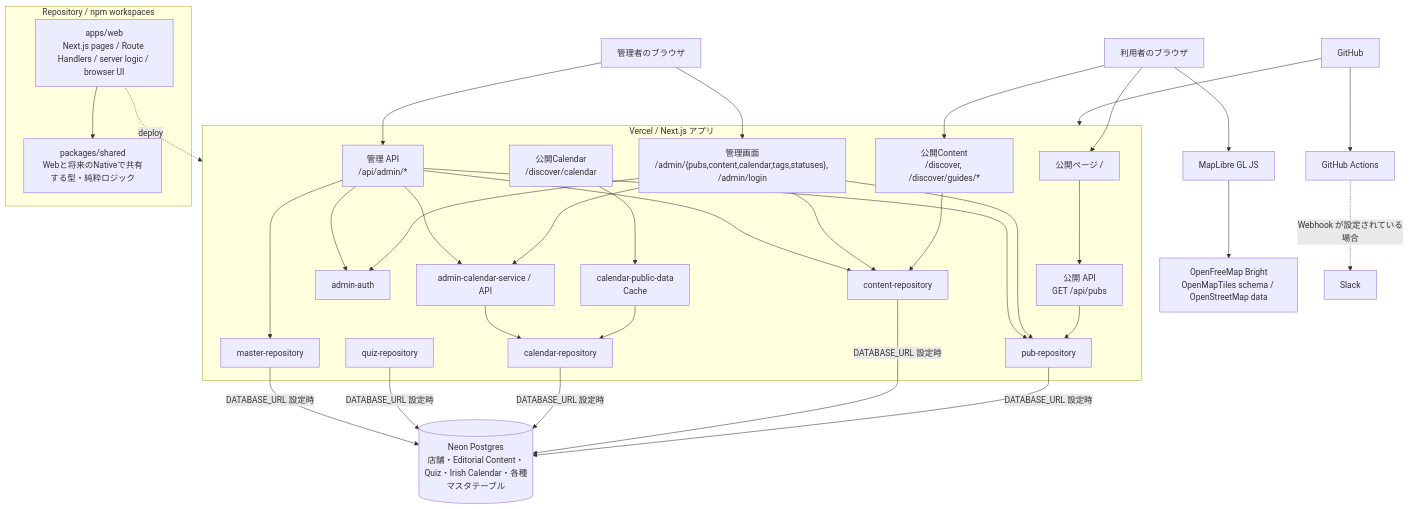
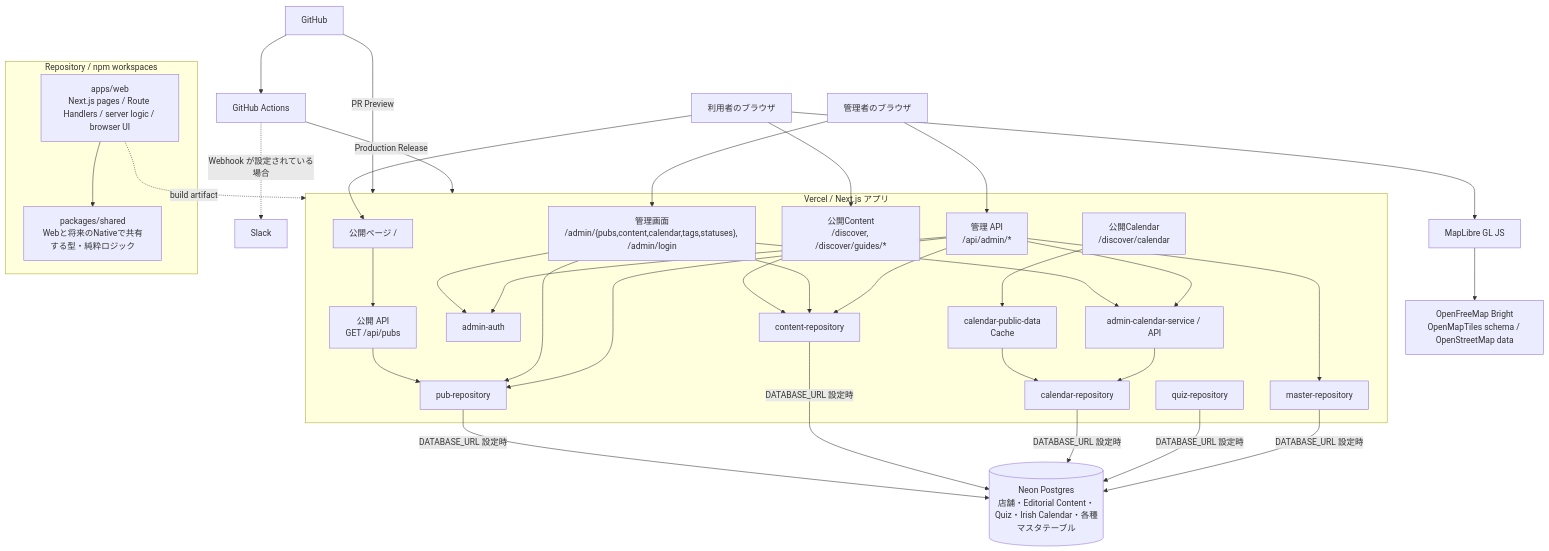
One commit to yusukefr/irishpub-map changed the diagram in docs/architecture/system-overview.md. Above: the diagram before and after it, drawn with Mermaid. The commit also changed other lines of this file and 1 other file, not shown here.

Commit message:
docs: address mobile architecture review feedback

````diff
--- a/docs/architecture/system-overview.md
+++ b/docs/architecture/system-overview.md
@@ -7,70 +7,71 @@
 ```mermaid
 flowchart TB
   visitor[利用者のブラウザ]
   administrator[管理者のブラウザ]
   maplibre[MapLibre GL JS]
   mapProvider[OpenFreeMap Bright<br/>OpenMapTiles schema / OpenStreetMap data]
   github[GitHub]
   actions[GitHub Actions]
   slack[Slack]
 
   subgraph vercel[Vercel / Next.js アプリ]
     publicPage["公開ページ /"]
     contentPage["公開Content<br/>/discover, /discover/guides/*"]
     calendarPage["公開Calendar<br/>/discover/calendar"]
     publicApi["公開 API<br/>GET /api/pubs"]
     adminPage["管理画面<br/>/admin/{pubs,content,calendar,tags,statuses}, /admin/login"]
     adminApi["管理 API<br/>/api/admin/*"]
     auth[admin-auth]
     repository[pub-repository]
     contentRepository[content-repository]
     calendarDataLoader[calendar-public-data<br/>Cache]
     calendarRepository[calendar-repository]
     adminCalendarService[admin-calendar-service / API]
     quizRepository[quiz-repository]
     masterRepository[master-repository]
   end
 
   subgraph workspace[Repository / npm workspaces]
     webApp[apps/web<br/>Next.js pages / Route Handlers / server logic / browser UI]
     shared[packages/shared<br/>Webと将来のNativeで共有する型・純粋ロジック]
   end
 
   neon[(Neon Postgres<br/>店舗・Editorial Content・Quiz・Irish Calendar・各種マスタテーブル)]
 
   visitor --> publicPage
   visitor --> contentPage
   publicPage --> publicApi
   contentPage --> contentRepository
   calendarPage --> calendarDataLoader
   calendarDataLoader --> calendarRepository
   publicApi --> repository
   visitor --> maplibre
   maplibre --> mapProvider
 
   administrator --> adminPage
   administrator --> adminApi
   adminPage --> auth
   adminPage --> repository
   adminPage --> contentRepository
   adminPage --> adminCalendarService
   adminApi --> auth
   adminApi --> repository
   adminApi --> contentRepository
   adminApi --> adminCalendarService
   adminCalendarService --> calendarRepository
   adminApi --> masterRepository
 
   repository -->|"DATABASE_URL 設定時"| neon
   contentRepository -->|"DATABASE_URL 設定時"| neon
   calendarRepository -->|"DATABASE_URL 設定時"| neon
   quizRepository -->|"DATABASE_URL 設定時"| neon
   masterRepository -->|"DATABASE_URL 設定時"| neon
 
   github --> actions
-  github --> vercel
+  github -->|PR Preview| vercel
+  actions -->|Production Release| vercel
   actions -.->|"Webhook が設定されている場合"| slack
 
-  webApp -.->|deploy| vercel
+  webApp -.->|build artifact| vercel
   webApp --> shared
 ```
````
